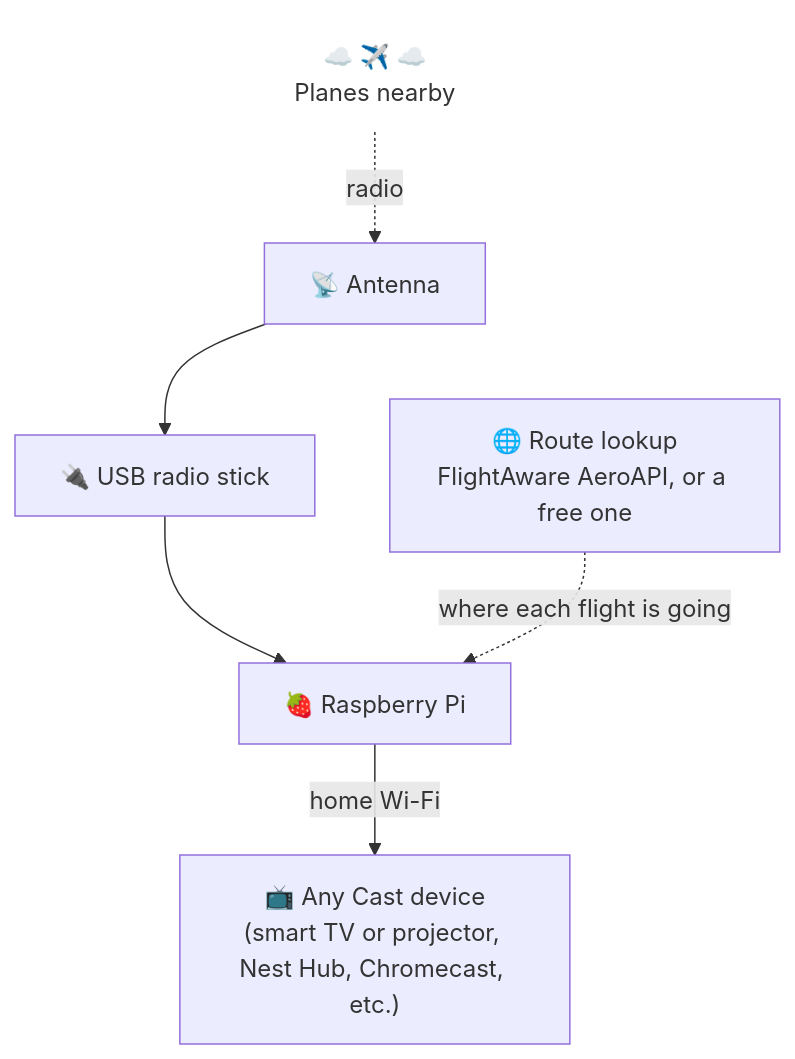
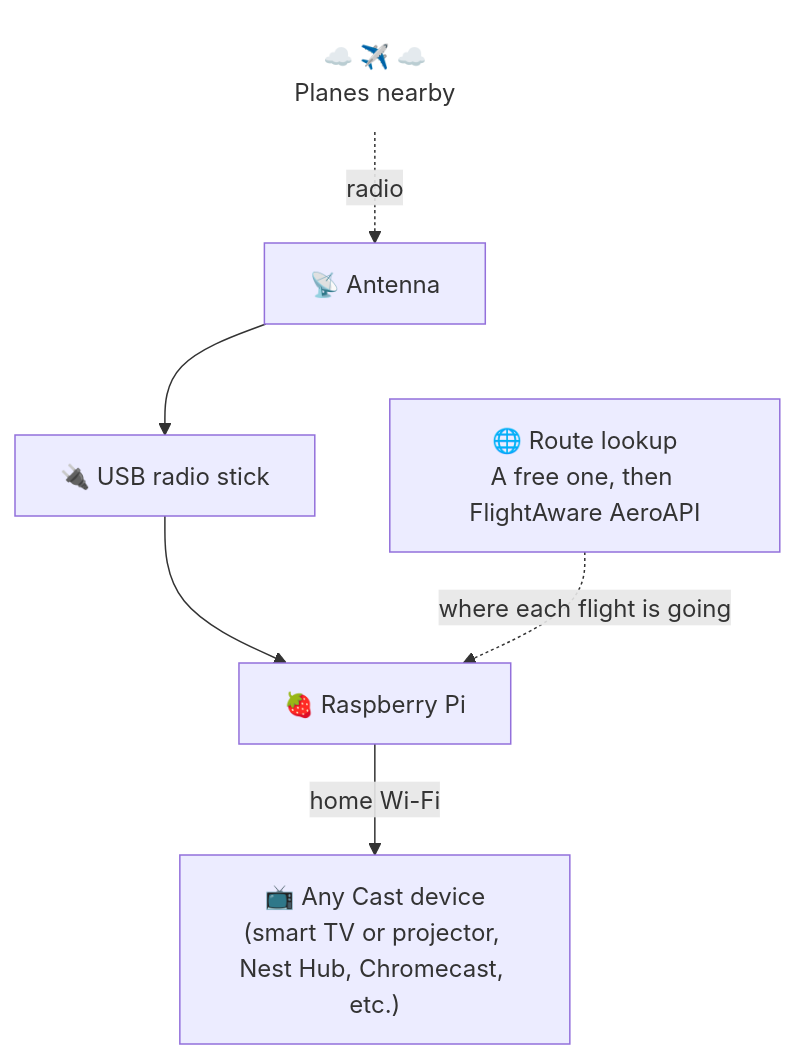
The diagram in README.md (christianjbrown/sky-above), drawn with Mermaid before and after one commit. The commit also changed other lines of this file and 35 other files, not shown here.

````diff
--- a/README.md
+++ b/README.md
@@ -37,10 +37,10 @@
 ```mermaid
 flowchart TD
     plane["☁️ ✈️ ☁️<br/>Planes nearby"] -. radio .-> antenna["📡 Antenna"]
     antenna --> stick["🔌 USB radio stick"]
     stick --> pi["🍓 Raspberry Pi"]
     pi -- "home Wi-Fi" --> screen["📺 Any Cast device<br/>(smart TV or projector, Nest Hub, Chromecast, etc.)"]
-    aeroapi["🌐 Route lookup<br/>FlightAware AeroAPI, or a free one"] -. "where each flight is going" .-> pi
+    aeroapi["🌐 Route lookup<br/>A free one, then FlightAware AeroAPI"] -. "where each flight is going" .-> pi
     antenna ~~~ aeroapi
     style plane fill:none,stroke:none
 ```
````
